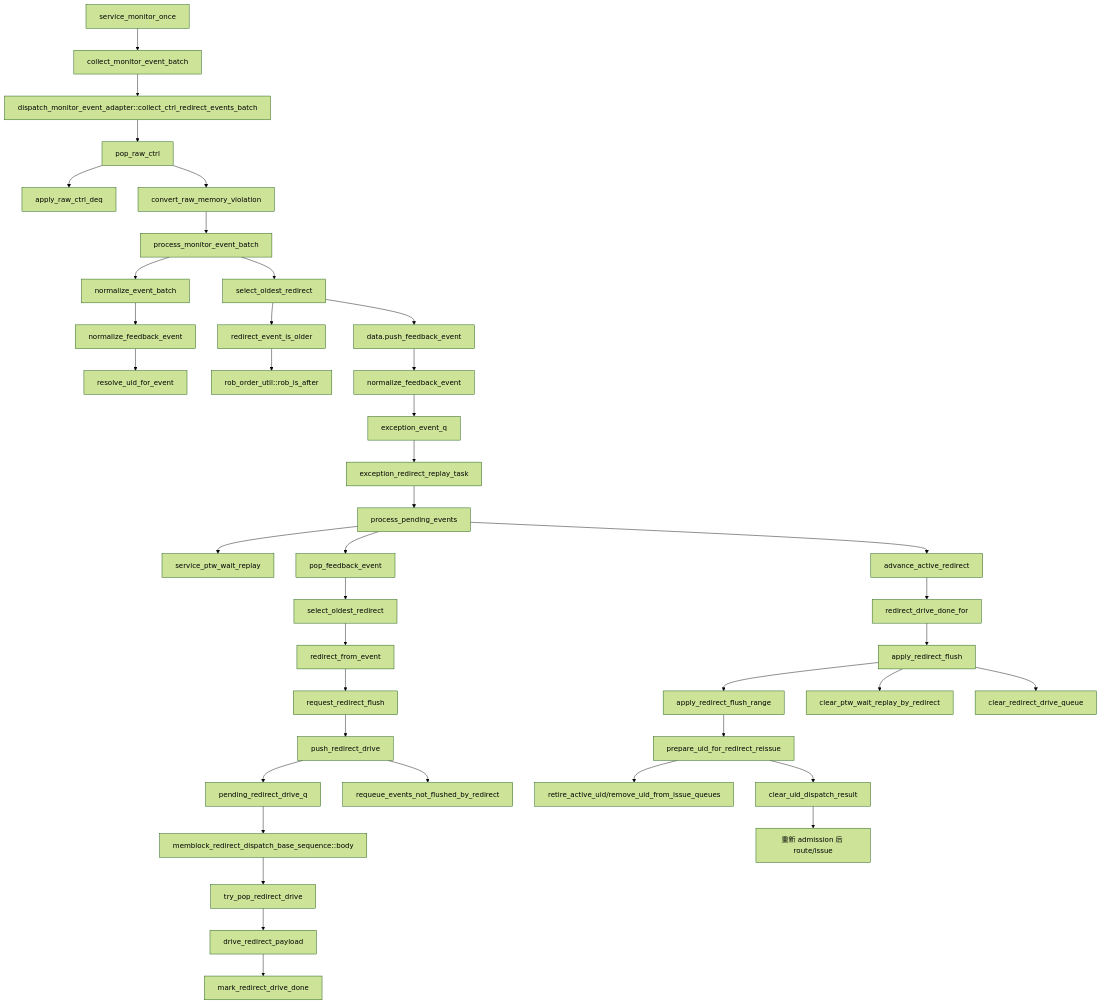
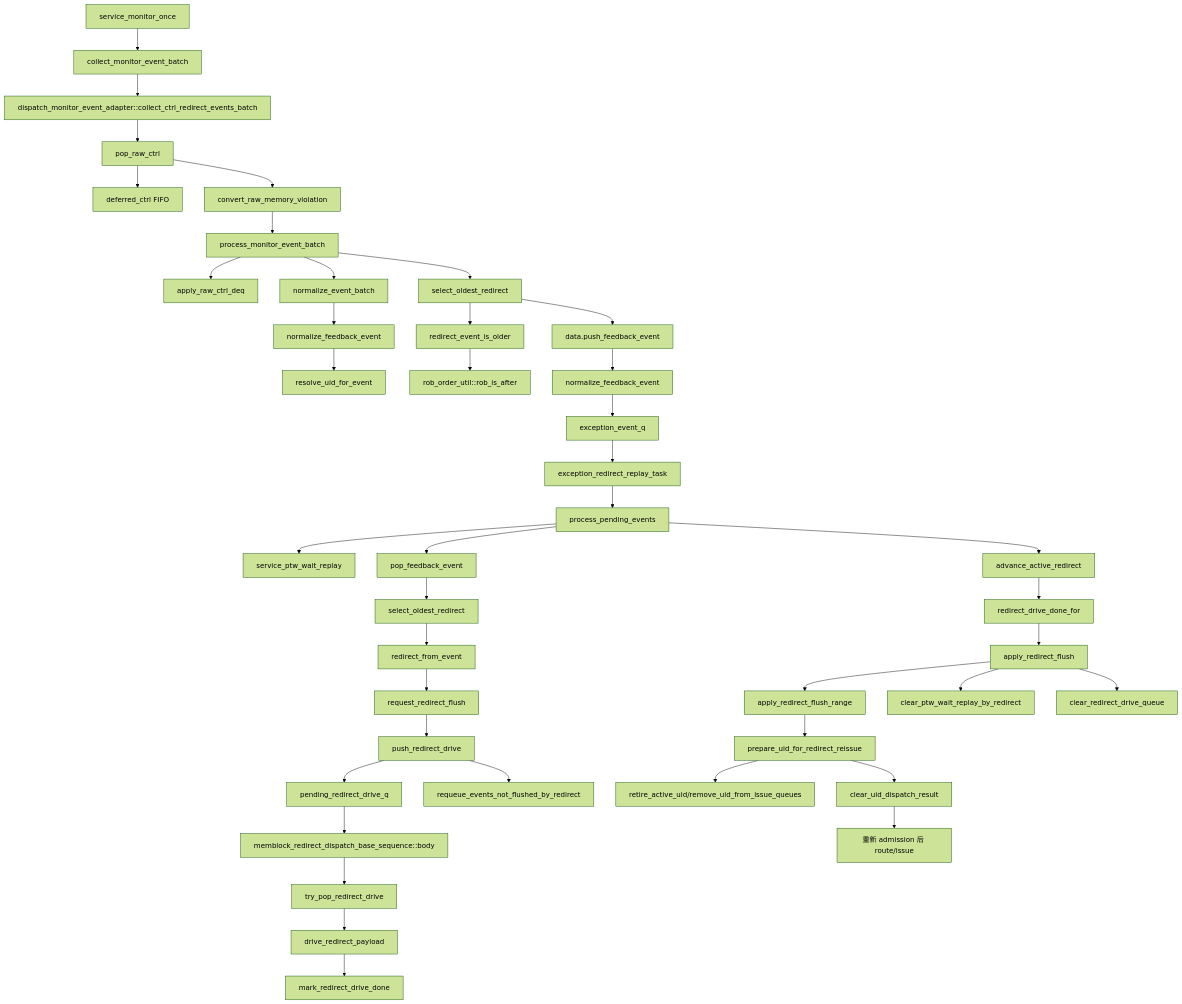
The diagram in AI_DOC/mem_ut_flow_doc/redirect_flow.md (OpenXiangShan/XiangShan), drawn with Mermaid (forest theme) before and after one commit. The commit also changed other lines of this file and 23 other files, not shown here.

````diff
--- a/AI_DOC/mem_ut_flow_doc/redirect_flow.md
+++ b/AI_DOC/mem_ut_flow_doc/redirect_flow.md
@@ -7,42 +12,43 @@
 ```mermaid
 flowchart TD
     A[service_monitor_once] --> B[collect_monitor_event_batch]
     B --> C[dispatch_monitor_event_adapter::collect_ctrl_redirect_events_batch]
     C --> D[pop_raw_ctrl]
-    D --> E[apply_raw_ctrl_deq]
+    D --> E[deferred_ctrl FIFO]
     D --> F[convert_raw_memory_violation]
     F --> G[process_monitor_event_batch]
+    G --> E1[apply_raw_ctrl_deq]
     G --> H[normalize_event_batch]
     H --> I[normalize_feedback_event]
     I --> J[resolve_uid_for_event]
     G --> K[select_oldest_redirect]
     K --> L[redirect_event_is_older]
     L --> M[rob_order_util::rob_is_after]
     K --> N[data.push_feedback_event]
     N --> O[normalize_feedback_event]
     O --> P[exception_event_q]
     P --> Q[exception_redirect_replay_task]
     Q --> R[process_pending_events]
     R --> S[service_ptw_wait_replay]
     R --> T[advance_active_redirect]
     R --> U[pop_feedback_event]
     U --> V[select_oldest_redirect]
     V --> W[redirect_from_event]
     W --> X[request_redirect_flush]
     X --> Y[push_redirect_drive]
     Y --> Y1[pending_redirect_drive_q]
     Y1 --> Y2[memblock_redirect_dispatch_base_sequence::body]
     Y2 --> Y3[try_pop_redirect_drive]
     Y3 --> Y4[drive_redirect_payload]
     Y4 --> Y5[mark_redirect_drive_done]
     Y --> Z[requeue_events_not_flushed_by_redirect]
     T --> AA[redirect_drive_done_for]
     AA --> AB[apply_redirect_flush]
     AB --> AC[apply_redirect_flush_range]
     AC --> AD[prepare_uid_for_redirect_reissue]
     AD --> AE[retire_active_uid/remove_uid_from_issue_queues]
     AD --> AF[clear_uid_dispatch_result]
     AB --> AG[clear_ptw_wait_replay_by_redirect]
     AB --> AH[clear_redirect_drive_queue]
     AF --> AI[重新 admission 后 route/issue]
 ```
````
